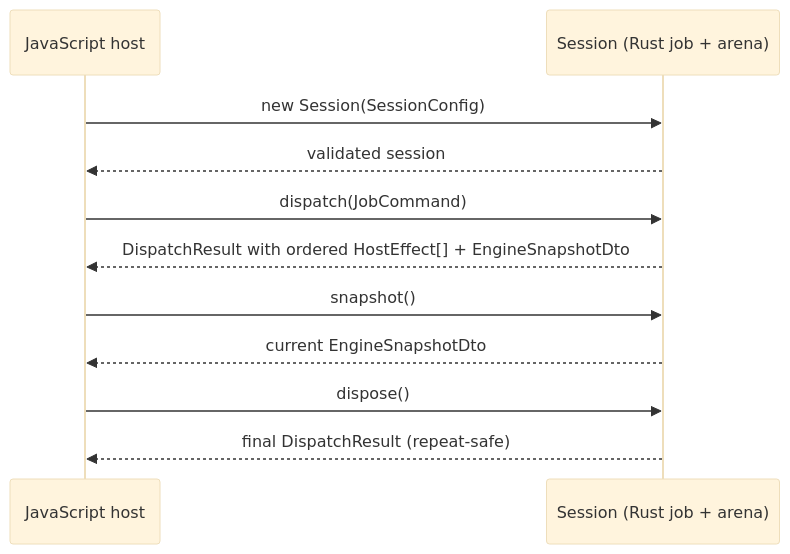
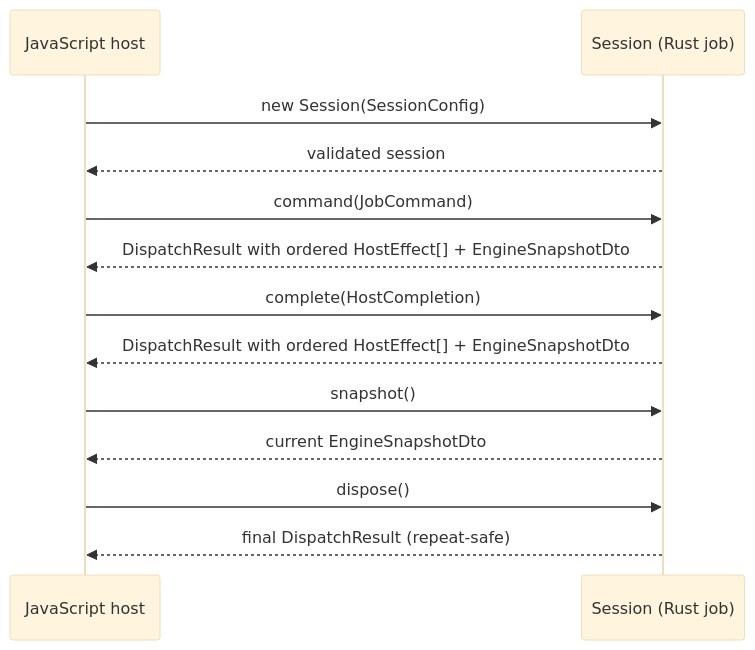
The first of 2 diagrams in docs/protocol.md (lovasoa/dezoomify), drawn with Mermaid (base theme) before and after one commit. The commit also changed other lines of this file and 9 other files, not shown here.

Commit message:
Round-trip engine effect IDs for retry and output completion

````diff
--- a/docs/protocol.md
+++ b/docs/protocol.md
@@ -11,13 +11,15 @@
 ```mermaid
 sequenceDiagram
     participant JS as JavaScript host
-    participant S as Session (Rust job + arena)
+    participant S as Session (Rust job)
     JS->>S: new Session(SessionConfig)
     S-->>JS: validated session
-    JS->>S: dispatch(JobCommand)
+    JS->>S: command(JobCommand)
+    S-->>JS: DispatchResult with ordered HostEffect[] + EngineSnapshotDto
+    JS->>S: complete(HostCompletion)
     S-->>JS: DispatchResult with ordered HostEffect[] + EngineSnapshotDto
     JS->>S: snapshot()
     S-->>JS: current EngineSnapshotDto
     JS->>S: dispose()
     S-->>JS: final DispatchResult (repeat-safe)
 ```
````
